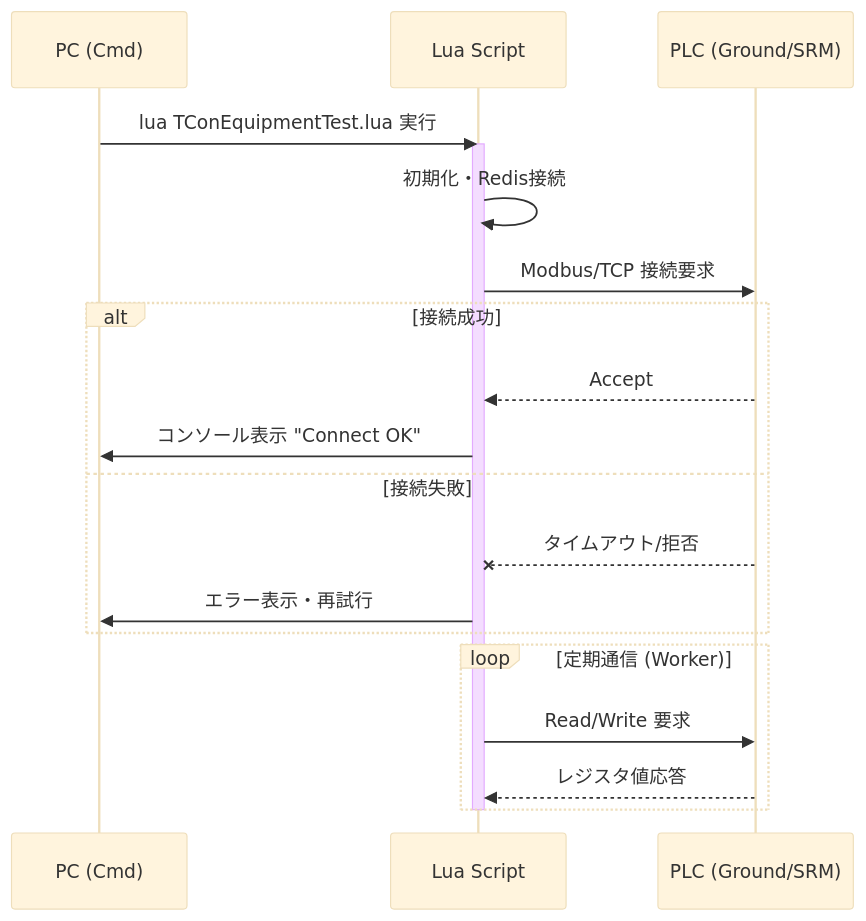
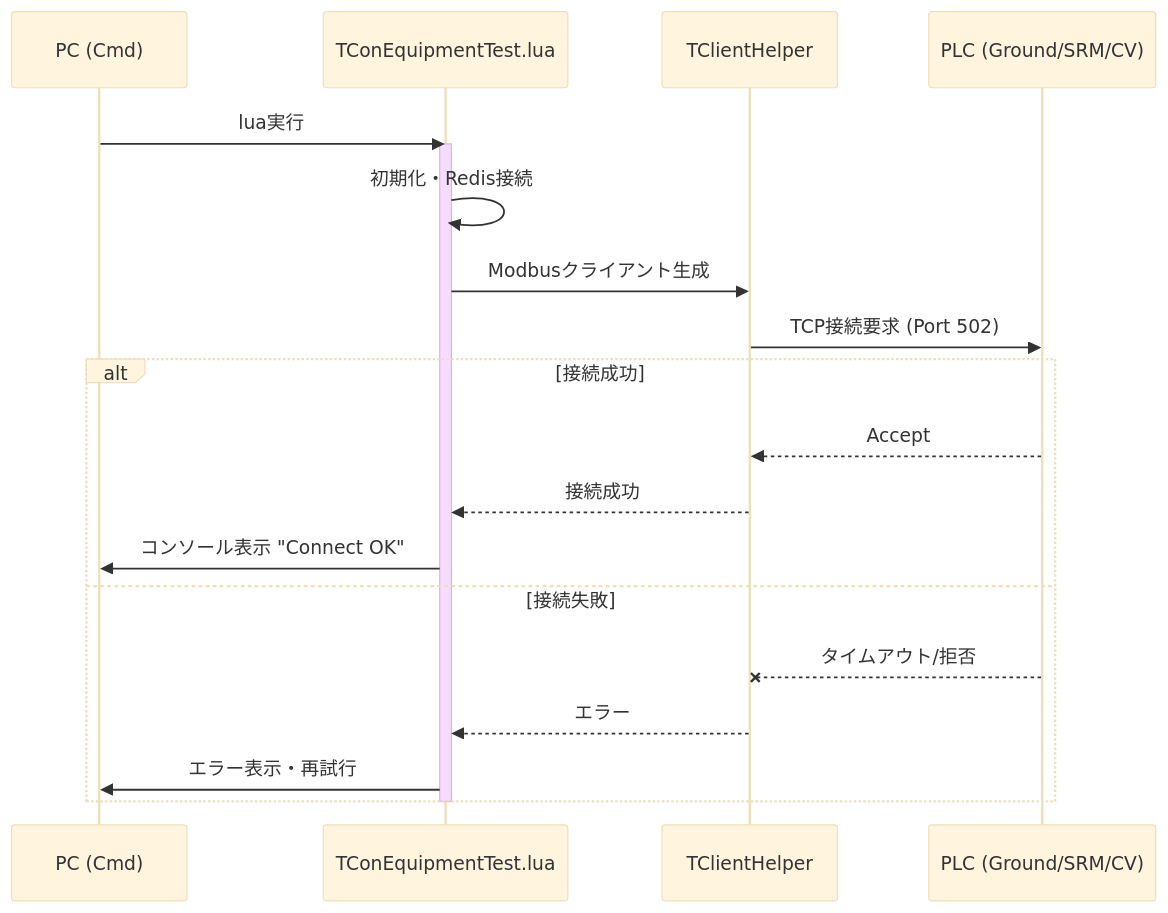
One commit to iceplantengineering/YTEC changed the second of 4 diagrams in doc/debugging_manual.md. Above: the diagram before and after it, drawn with Mermaid (base theme). The commit also changed other lines of this file and 5 other files, not shown here.

````diff
--- a/doc/debugging_manual.md
+++ b/doc/debugging_manual.md
@@ -58,25 +70,25 @@
 ```mermaid
 sequenceDiagram
     participant PC as PC (Cmd)
-    participant Lua as Lua Script
-    participant PLC as PLC (Ground/SRM)
-    
-    PC->>Lua: lua TConEquipmentTest.lua 実行
+    participant Lua as TConEquipmentTest.lua
+    participant Client as TClientHelper
+    participant PLC as PLC (Ground/SRM/CV)
+
+    PC->>Lua: lua実行
     activate Lua
     Lua->>Lua: 初期化・Redis接続
-    Lua->>PLC: Modbus/TCP 接続要求
-    
+    Lua->>Client: Modbusクライアント生成
+    Client->>PLC: TCP接続要求 (Port 502)
+
     alt 接続成功
-        PLC-->>Lua: Accept
+        PLC-->>Client: Accept
+        Client-->>Lua: 接続成功
         Lua->>PC: コンソール表示 "Connect OK"
     else 接続失敗
-        PLC--xLua: タイムアウト/拒否
+        PLC--xClient: タイムアウト/拒否
+        Client-->>Lua: エラー
         Lua->>PC: エラー表示・再試行
     end
-    
-    loop 定期通信 (Worker)
-        Lua->>PLC: Read/Write 要求
-        PLC-->>Lua: レジスタ値応答
-    end
+
     deactivate Lua
 ```
````
